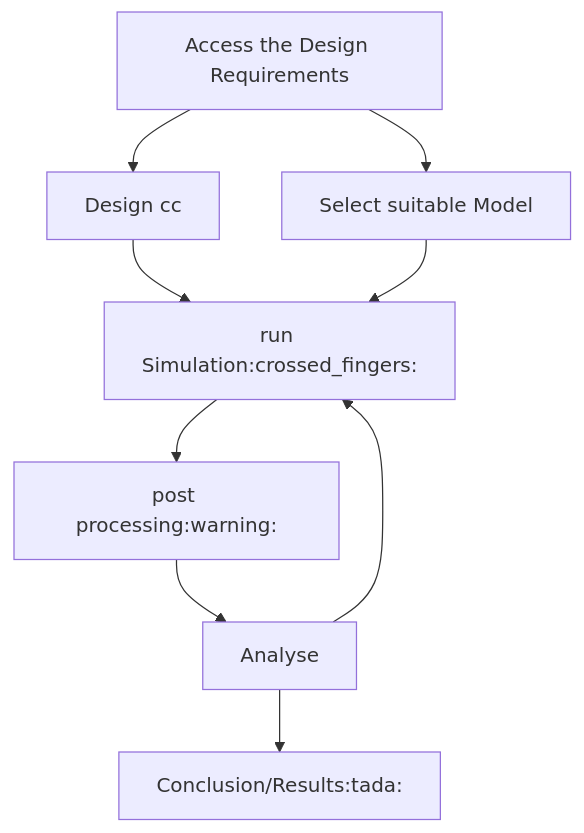
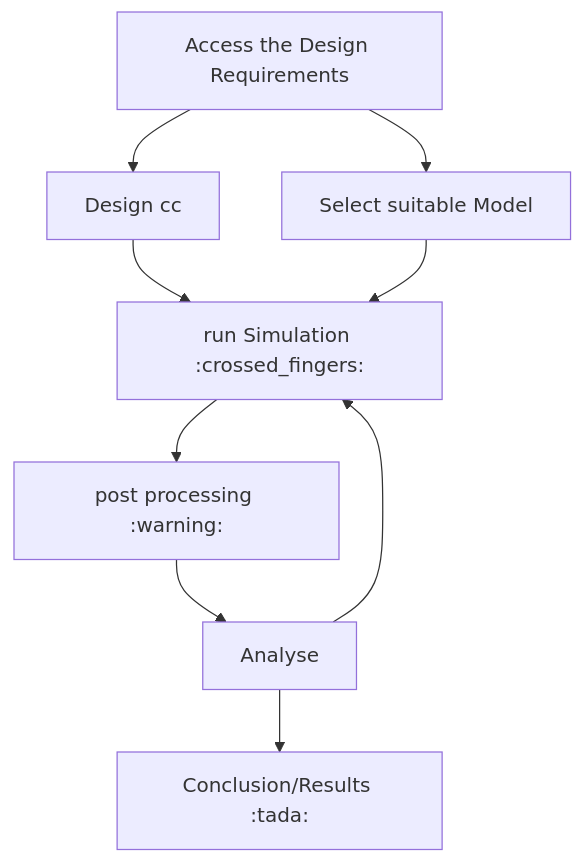
Before and after one commit to tanishk-workspace/cryo-manuscripts: the diagram in README.md, drawn with Mermaid.

````diff
--- a/README.md
+++ b/README.md
@@ -2,12 +2,12 @@
 ```mermaid
  flowchart TD;
  A[Access the Design Requirements]-->B[Design cc];
  A-->C[Select suitable Model];
  B-->D[Impliment model];
- C-->D[run Simulation:crossed_fingers:];
- D-->E[post processing:warning:];
+ C-->D[run Simulation :crossed_fingers:];
+ D-->E[post processing :warning:];
  E-->F[Analyse];
  F-->D
- F-->G[Conclusion/Results:tada:];
+ F-->G[Conclusion/Results :tada:];
   
 ```
````
